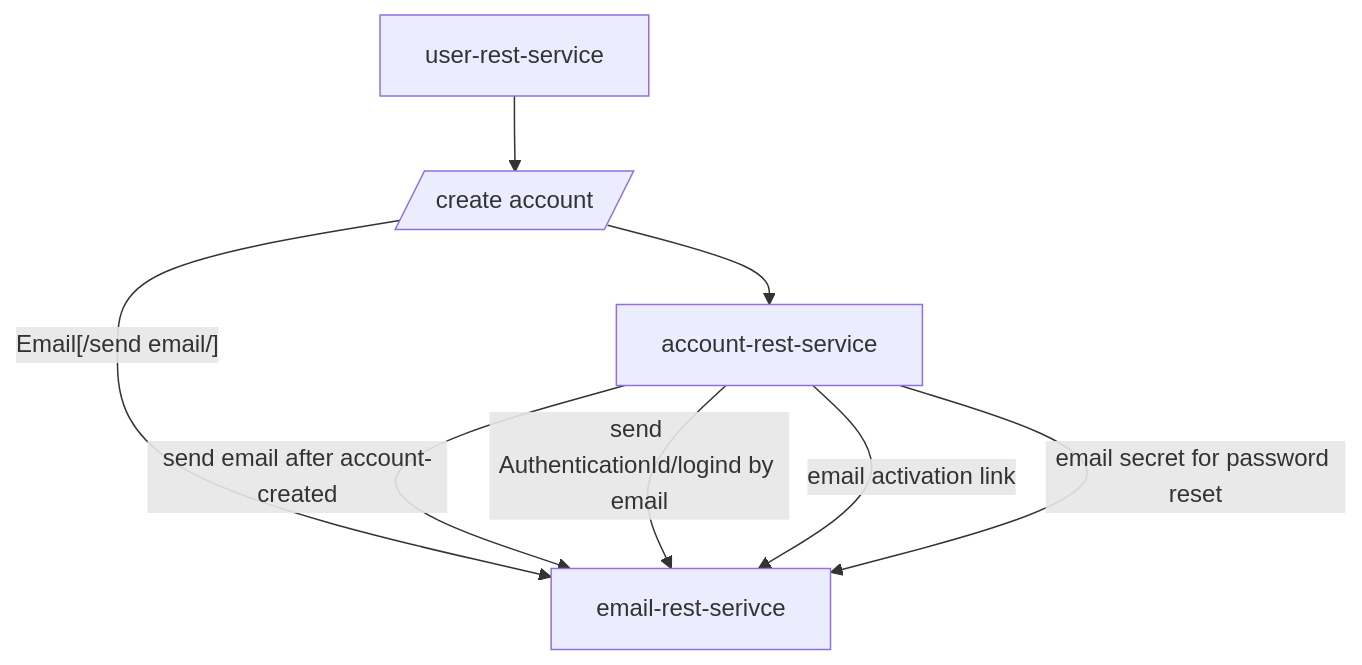
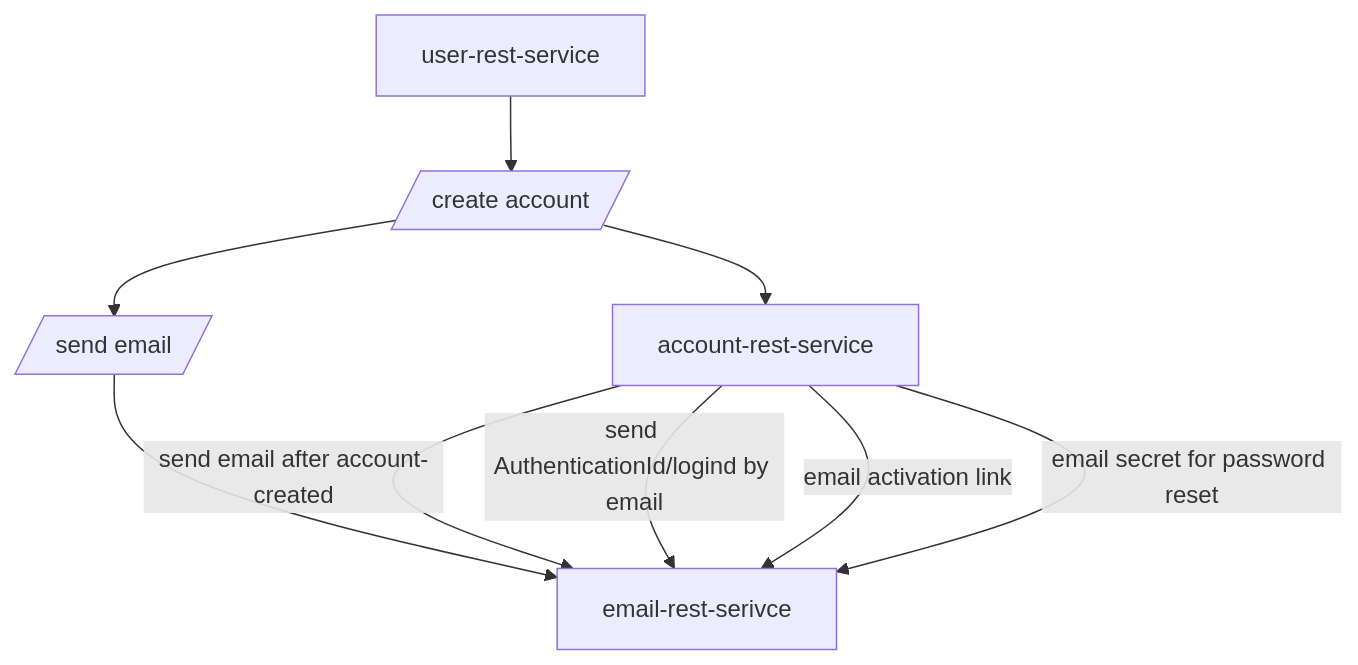
One commit to sonamsamdupkhangsar/email-rest-service changed the diagram in README.md. Above: the diagram before and after it, drawn with Mermaid.

Commit message:
add mermaidms

````diff
--- a/README.md
+++ b/README.md
@@ -9,9 +9,9 @@
 ```mermaid
 flowchart TD
  User[user-rest-service] --> createAccount[/create account/] -->Account[account-rest-service]
- createAccount--Email[/send email/]--> email[email-rest-serivce]
+ createAccount-->Email[/send email/]--> email[email-rest-serivce]
  Account[account-rest-service] --"send email after account-created"--> email[email-rest-serivce]
  Account --"send AuthenticationId/logind by email"--> email
  Account --"email activation link"-->email
  Account --"email secret for password reset" -->email
 ```
````
